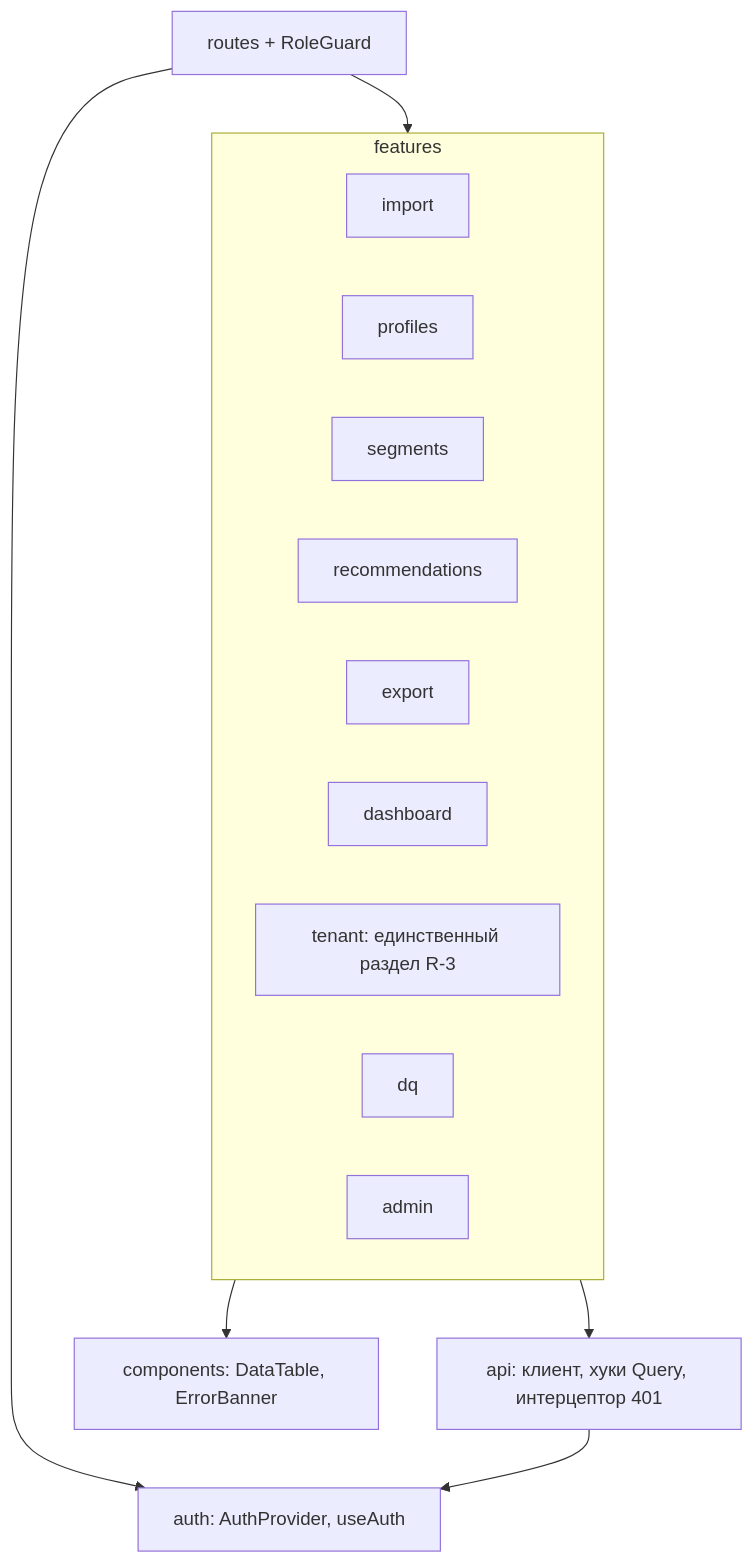
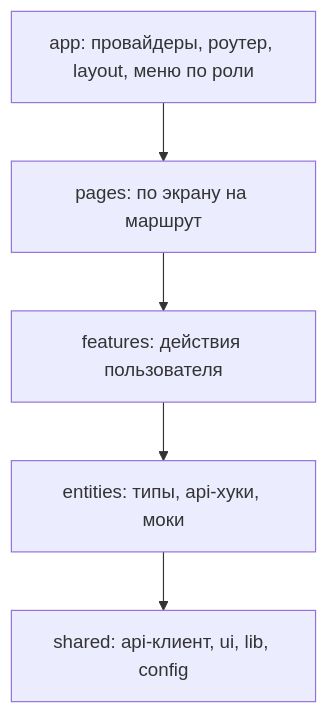
The fourth of 5 diagrams in docs/design/12-c4.md (MangriMen/UCRP), drawn with Mermaid before and after one commit. The commit also changed other lines of this file and 10 other files, not shown here.

````diff
--- a/docs/design/12-c4.md
+++ b/docs/design/12-c4.md
@@ -98,23 +100,9 @@
 ```mermaid
 flowchart TB
-  RT["routes + RoleGuard"]
-  AU["auth: AuthProvider, useAuth"]
-  AP["api: клиент, хуки Query, интерцептор 401"]
-  CM["components: DataTable, ErrorBanner"]
-  subgraph F["features"]
-    I["import"]
-    P["profiles"]
-    SG["segments"]
-    RC["recommendations"]
-    EX["export"]
-    DS["dashboard"]
-    TN["tenant: единственный раздел R-3"]
-    DQ["dq"]
-    AD["admin"]
-  end
-  RT --> AU
-  RT --> F
-  F --> AP
-  F --> CM
-  AP --> AU
+  APP["app: провайдеры, роутер, layout, меню по роли"]
+  PG["pages: по экрану на маршрут"]
+  FT["features: действия пользователя"]
+  EN["entities: типы, api-хуки, моки"]
+  SH["shared: api-клиент, ui, lib, config"]
+  APP --> PG --> FT --> EN --> SH
 ```
````
